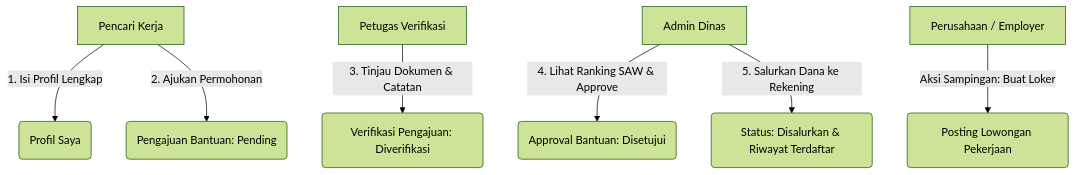
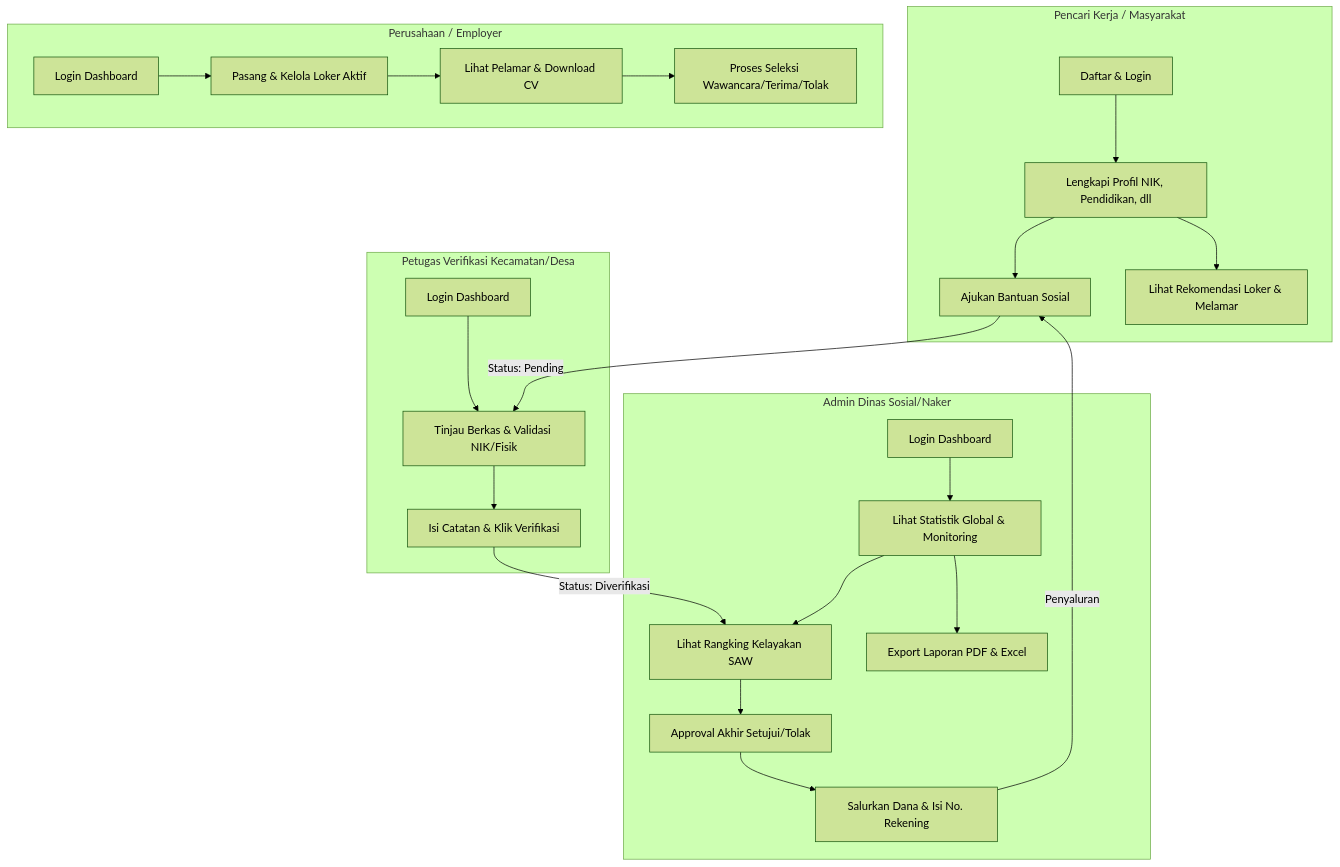
The diagram in README.md (Dragzss69/e-MatchKerja), drawn with Mermaid (forest theme) before and after one commit. The commit also changed other lines of this file and 1 other file, not shown here.

Commit message:
Saya ganti README supaya jelas sesuai dengan hasil akhir aplikasi

````diff
--- a/README.md
+++ b/README.md
@@ -94,9 +38,31 @@
 ```mermaid
-graph TD
-    A[Pencari Kerja] -->|1. Isi Profil Lengkap| B(Profil Saya)
-    A -->|2. Ajukan Permohonan| C(Pengajuan Bantuan: Pending)
-    D[Petugas Verifikasi] -->|3. Tinjau Dokumen & Catatan| E(Verifikasi Pengajuan: Diverifikasi)
-    F[Admin Dinas] -->|4. Lihat Ranking SAW & Approve| G(Approval Bantuan: Disetujui)
-    F -->|5. Salurkan Dana ke Rekening| H(Status: Disalurkan & Riwayat Terdaftar)
-    I[Perusahaan / Employer] -->|Aksi Sampingan: Buat Loker| J(Posting Lowongan Pekerjaan)
+flowchart TD
+    subgraph Pencari Kerja / Masyarakat
+        PK1[Daftar & Login] --> PK2[Lengkapi Profil NIK, Pendidikan, dll]
+        PK2 --> PK3[Ajukan Bantuan Sosial]
+        PK2 --> PK4[Lihat Rekomendasi Loker & Melamar]
+    end
+
+    subgraph Petugas Verifikasi Kecamatan/Desa
+        PV1[Login Dashboard] --> PV2[Tinjau Berkas & Validasi NIK/Fisik]
+        PV2 --> PV3[Isi Catatan & Klik Verifikasi]
+    end
+
+    subgraph Admin Dinas Sosial/Naker
+        AD1[Login Dashboard] --> AD2[Lihat Statistik Global & Monitoring]
+        AD2 --> AD3[Lihat Rangking Kelayakan SAW]
+        AD3 --> AD4[Approval Akhir Setujui/Tolak]
+        AD4 --> AD5[Salurkan Dana & Isi No. Rekening]
+        AD2 --> AD6[Export Laporan PDF & Excel]
+    end
+
+    subgraph Perusahaan / Employer
+        CO1[Login Dashboard] --> CO2[Pasang & Kelola Loker Aktif]
+        CO2 --> CO3[Lihat Pelamar & Download CV]
+        CO3 --> CO4[Proses Seleksi Wawancara/Terima/Tolak]
+    end
+
+    PK3 -->|Status: Pending| PV2
+    PV3 -->|Status: Diverifikasi| AD3
+    AD5 -->|Penyaluran| PK3
 ```
````
